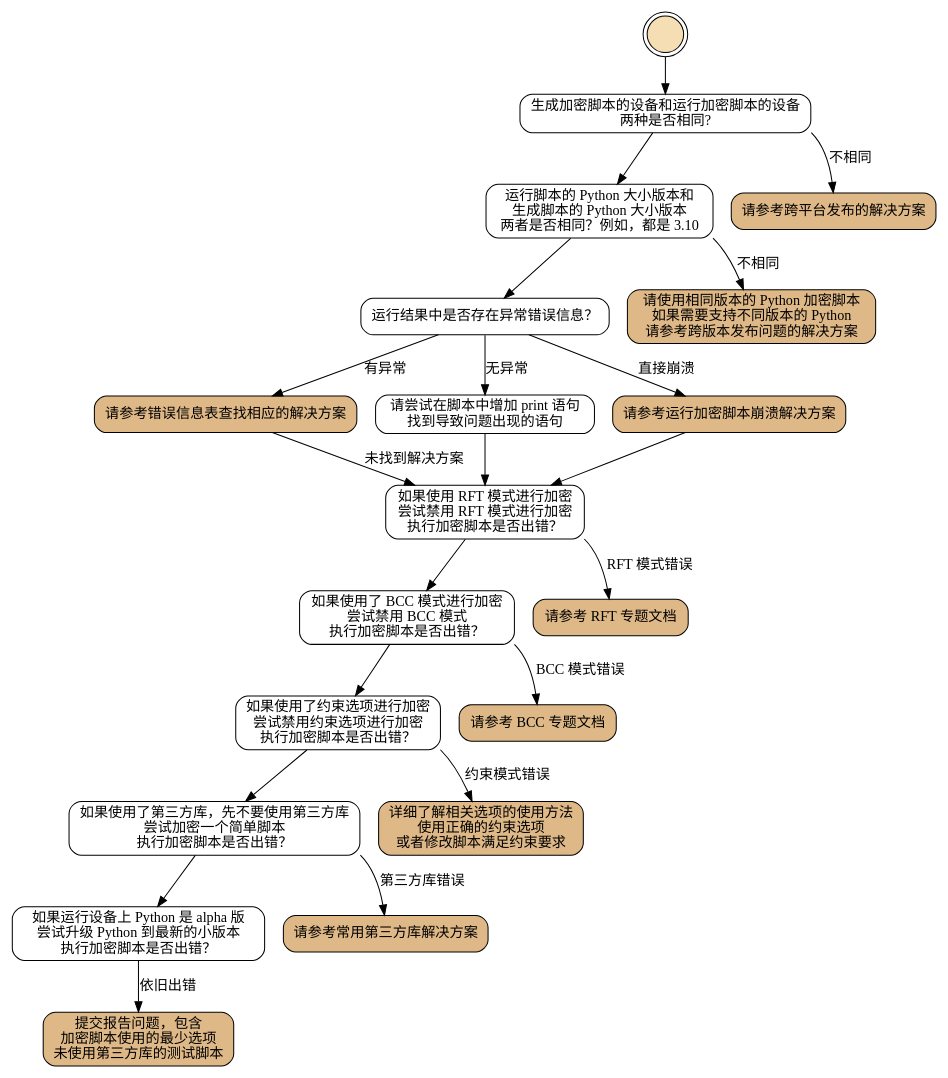
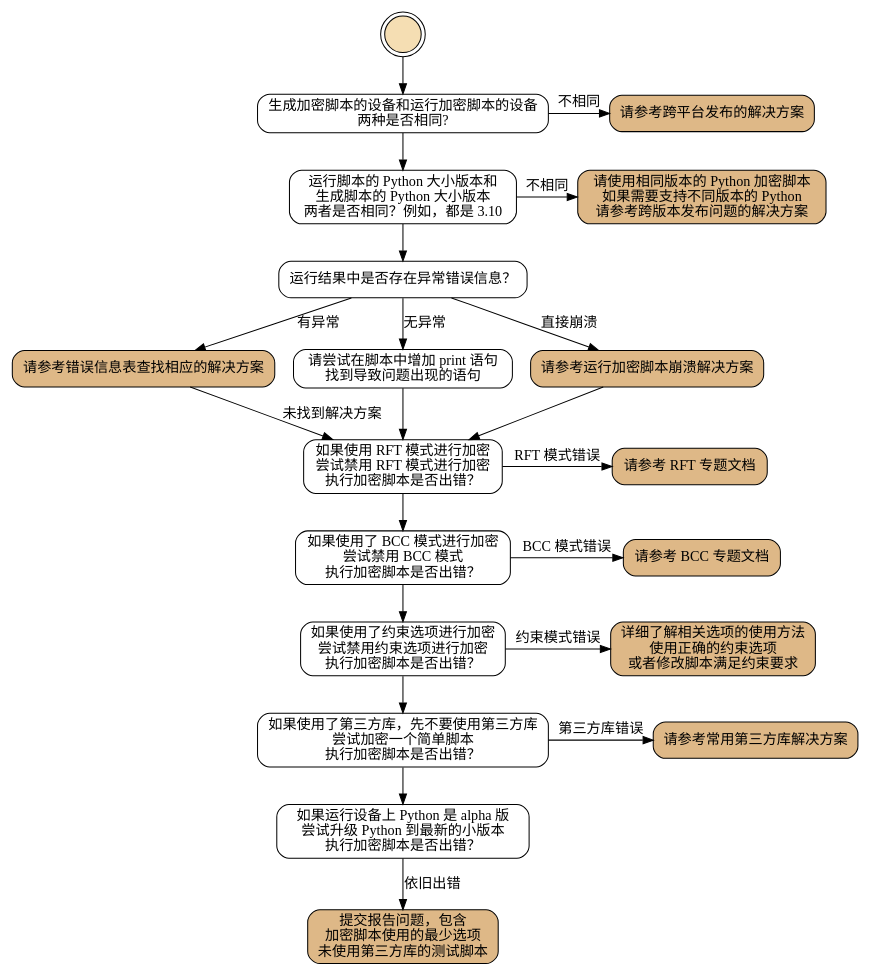
Before and after one commit to dashingsoft/dashingsoft.github.io: the third of 5 diagrams in pyarmor/learn/zh/how-to.rst, drawn with Graphviz. The commit also changed other lines of this file and 1 other file, not shown here.

Commit message:
Refine graph with rand=same

```diff
--- a/pyarmor/learn/zh/how-to.rst
+++ b/pyarmor/learn/zh/how-to.rst
@@ -119,78 +118,77 @@
 .. graphviz::
    :caption: 运行加密脚本出现问题的解决方案
    :align: center
    :name: graph-run-obfuscated-script-issue
 
    digraph G {
       node [shape=box, style=rounded]
 
       start [shape="doublecircle", label="",
              style="filled", fillcolor="wheat"]
 
       subgraph P0 {
           rankdir="TB"
           style="setlinewidth(0)"
 
           s1 [label="生成加密脚本的设备和运行加密脚本的设备\n两种是否相同?"]
           s2 [label="运行脚本的 Python 大小版本和\n生成脚本的 Python 大小版本\n两者是否相同？例如，都是 3.10"]
           s3 [label="运行结果中是否存在异常错误信息？"]
           s4 [label="如果使用 RFT 模式进行加密\n尝试禁用 RFT 模式进行加密\n执行加密脚本是否出错？"]
           s5 [label="如果使用了 BCC 模式进行加密\n尝试禁用 BCC 模式\n执行加密脚本是否出错？"]
           s6 [label="如果使用了约束选项进行加密\n尝试禁用约束选项进行加密\n执行加密脚本是否出错？"]
           s7 [label="如果使用了第三方库，先不要使用第三方库\n尝试加密一个简单脚本\n执行加密脚本是否出错？"]
           s8 [label="如果运行设备上 Python 是 alpha 版\n尝试升级 Python 到最新的小版本\n执行加密脚本是否出错？"]
 
           s1 -> s2 -> s3
           s4 -> s5 -> s6 -> s7 -> s8
       }
 
       start -> s1
 
       subgraph P1 {
           node [
              style="filled,rounded",
              fillcolor="burlywood",
              ]
           n1 [
               href="https://pyarmor.readthedocs.io/zh/latest/tutorial/advanced.html#generating-cross-platform-scripts"
               label="请参考跨平台发布的解决方案"]
           n2 [
               href="https://pyarmor.readthedocs.io/zh/latest/tutorial/advanced.html#support-multiple-python-versions"
               label="请使用相同版本的 Python 加密脚本\n如果需要支持不同版本的 Python\n请参考跨版本发布问题的解决方案"]
           n3 [href="https://pyarmor.readthedocs.io/zh/latest/reference/errors.html"
               label="请参考错误信息表查找相应的解决方案"]
           n4 [style=rounded
               label="请尝试在脚本中增加 print 语句\n找到导致问题出现的语句"]
           n5 [href="#graph-fix-runtime-crash-issue"
               label="请参考运行加密脚本崩溃解决方案"]
           n6 [
               href="https://pyarmor.readthedocs.io/zh/latest/topic/rftmode.html"
               label="请参考 RFT 专题文档"]
           n7 [
               href="https://pyarmor.readthedocs.io/zh/latest/topic/bccmode.html"
               label="请参考 BCC 专题文档"]
           n8 [href="https://pyarmor.readthedocs.io/zh/latest/reference/man.html#pyarmor-gen"
               label="详细了解相关选项的使用方法\n使用正确的约束选项\n或者修改脚本满足约束要求"]
           n9 [href="https://pyarmor.readthedocs.io/zh/latest/how-to/third-party.html"
               label="请参考常用第三方库解决方案"]
           n10 [href="https://github.com/dashingsoft/pyarmor/issues"
                label="提交报告问题，包含\n加密脚本使用的最少选项\n未使用第三方库的测试脚本"]
       }
 
       s3 -> n3 [label="有异常"]
       s3 -> n4 [label="无异常"]
       s3 -> n5 [label="直接崩溃"]
       n3 -> s4 [label="未找到解决方案"]
       s8 -> n10 [label="依旧出错"]
 
       n4 -> s4
       n5 -> s4
 
-      edge [tailport=se]
-      s1 -> n1 [label="不相同"]
-      s2 -> n2 [label="不相同"]
-      s4 -> n6 [label="RFT 模式错误"]
-      s5 -> n7 [label="BCC 模式错误"]
-      s6 -> n8 [label="约束模式错误"]
-      s7 -> n9 [label="第三方库错误"]
+      rank=same { s1 -> n1 [label="不相同"] }
+      rank=same { s2 -> n2 [label="不相同"] }
+      rank=same { s4 -> n6 [label="RFT 模式错误"] }
+      rank=same { s5 -> n7 [label="BCC 模式错误"] }
+      rank=same { s6 -> n8 [label="约束模式错误"] }
+      rank=same { s7 -> n9 [label="第三方库错误"] }
    }
```
